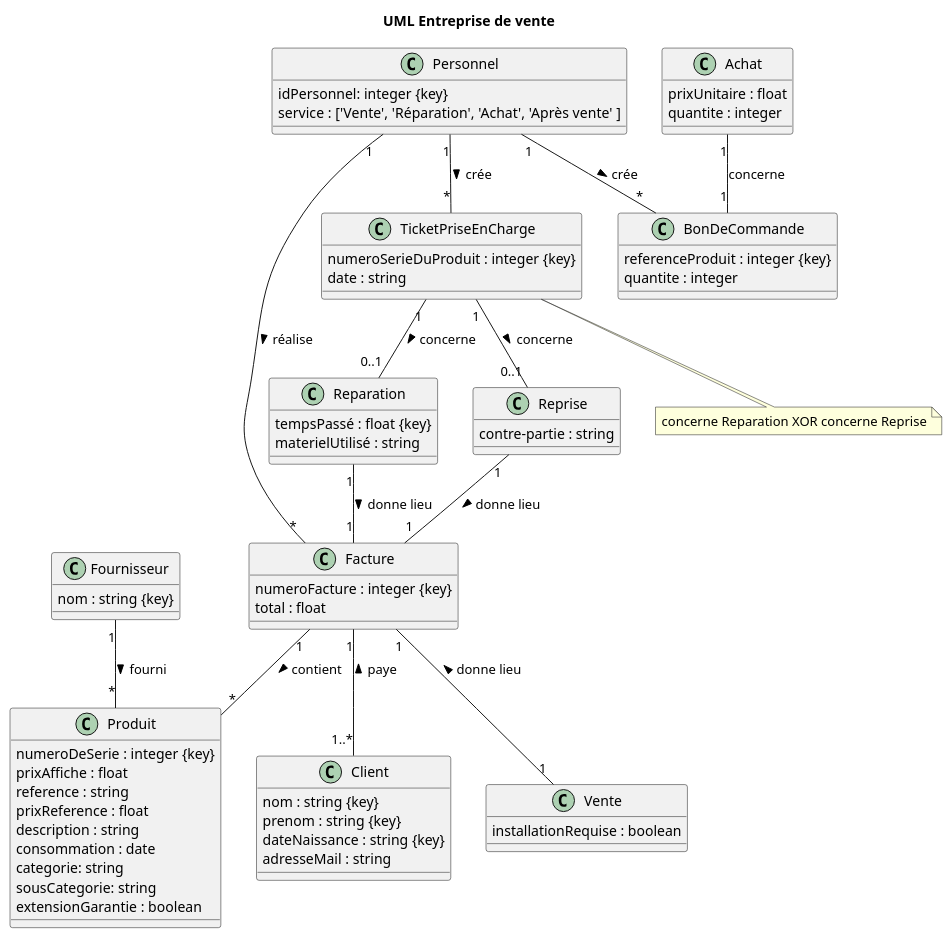
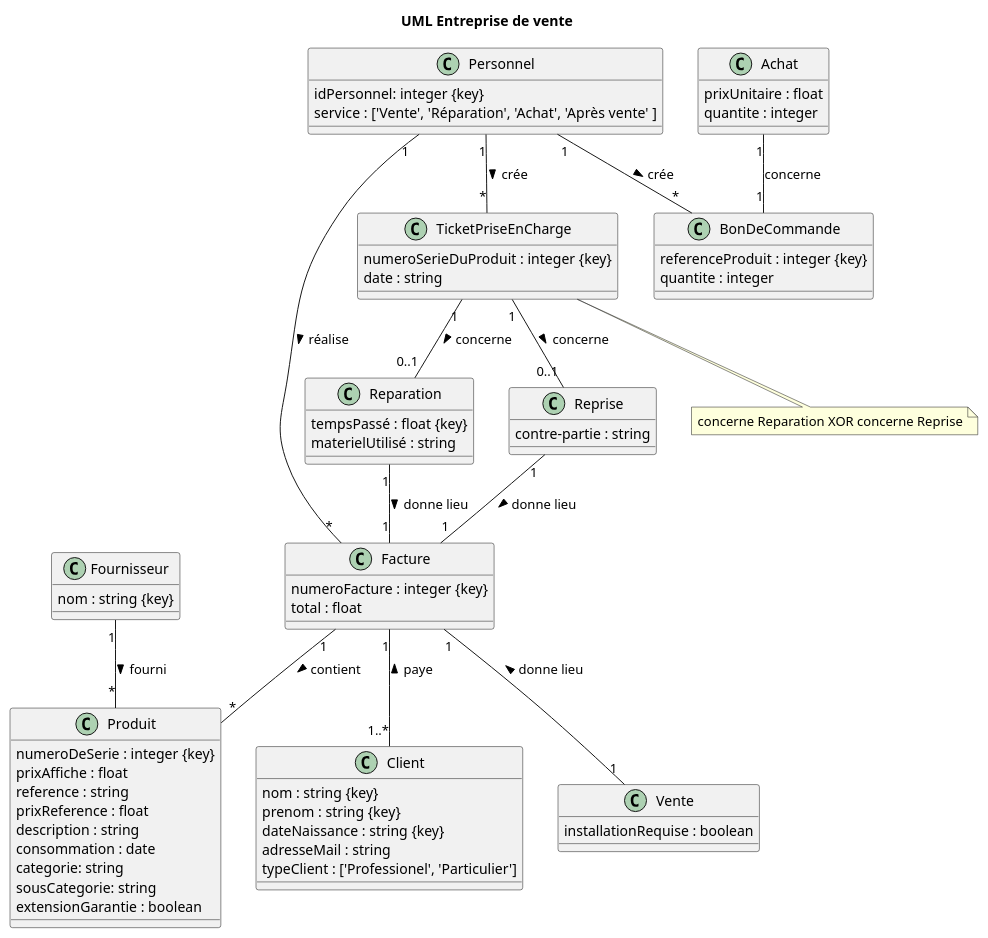
One commit to mariaidrissi/Entreprise-de-vente changed the diagram in MCD.plantuml. Above: the diagram before and after it, drawn with PlantUML.

```diff
--- a/MCD.plantuml
+++ b/MCD.plantuml
@@ -1,91 +1,92 @@
 @startuml
 title UML Entreprise de vente
 
 class Produit {
   numeroDeSerie : integer {key}
   prixAffiche : float
   reference : string
   prixReference : float
   description : string
   consommation : date
   categorie: string
   sousCategorie: string
   extensionGarantie : boolean
 }
 
 class Fournisseur {
 	nom : string {key}
 }
 
 Fournisseur "1" -- "*" Produit : fourni >
 
 
 class Facture {
   numeroFacture : integer {key}
   total : float 
 }
 
 
 class Client { 
   nom : string {key}
   prenom : string {key}
   dateNaissance : string {key}
   adresseMail : string
+  typeClient : ['Professionel', 'Particulier']
 }
 Facture "1" -- "1..*" Client : paye <
 
 Facture "1" -- "*" Produit : contient >
 
 class Personnel {
   idPersonnel: integer {key}
   service : ['Vente', 'Réparation', 'Achat', 'Après vente' ]
 }
 
 
 Personnel "1" -- "*" Facture : réalise >
 Personnel "1" -- "*" TicketPriseEnCharge : crée >
 Personnel "1" -- "*" BonDeCommande : crée >
 
 class TicketPriseEnCharge {
   numeroSerieDuProduit : integer {key}
   date : string 
 }
 
 class BonDeCommande {
   referenceProduit : integer {key}
   quantite : integer
 }
 
 
 Achat "1" -- "1" BonDeCommande : concerne 
 
 class Achat {
   prixUnitaire : float
   quantite : integer
 }
 
 class Reparation  {
   tempsPassé : float {key}
   materielUtilisé : string
 }
 
 class Reprise  {
   contre-partie : string
 }
 
 
 note bottom of TicketPriseEnCharge
     concerne Reparation XOR concerne Reprise
 end note
 TicketPriseEnCharge "1" -- "0..1" Reparation : concerne >
 Reparation "1" -- "1" Facture : donne lieu >
 TicketPriseEnCharge "1" -- "0..1" Reprise : concerne >
 Reprise "1" -- "1" Facture : donne lieu >
 
 Facture "1" -- "1" Vente : donne lieu <
 class Vente  {
   installationRequise : boolean 
 }
 
 
 @enduml
```
